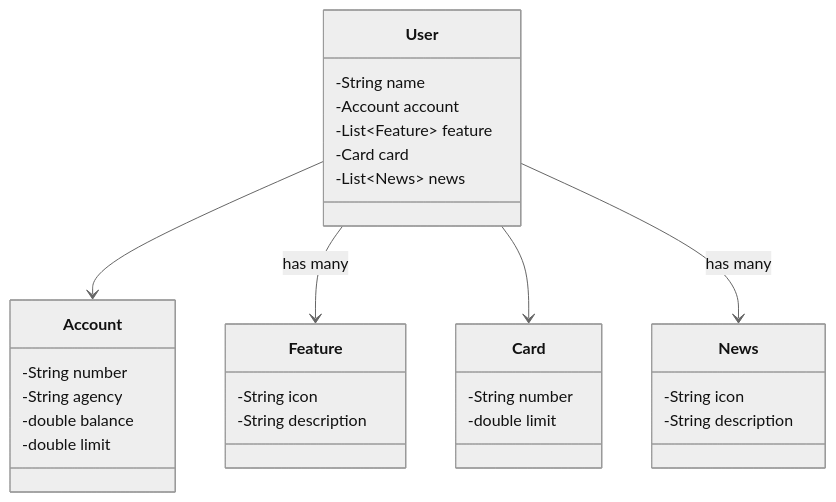
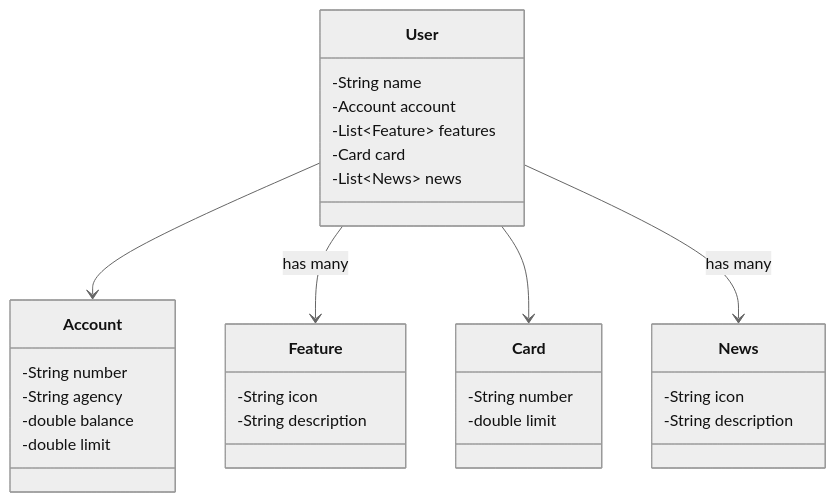
Before and after one commit to priscillamelo/desafio-api-rest: the diagram in README.md, drawn with Mermaid (neutral theme). The commit also changed 13 other files, not shown here.

````diff
--- a/README.md
+++ b/README.md
@@ -6,37 +6,37 @@
 ```mermaid
 classDiagram
     class User {
         -String name
         -Account account
-        -List~Feature~ feature
+        -List~Feature~ features
         -Card card
         -List~News~ news
     }
 
     class Account {
         -String number
         -String agency
         -double balance
         -double limit
     }
 
     class Feature {
         -String icon
         -String description
     }
 
     class Card {
         -String number
         -double limit
     }
 
     class News {
         -String icon
         -String description
     }
 
     User --> Account
     User --> Feature : has many
     User --> Card
     User --> News : has many
 ```
````
